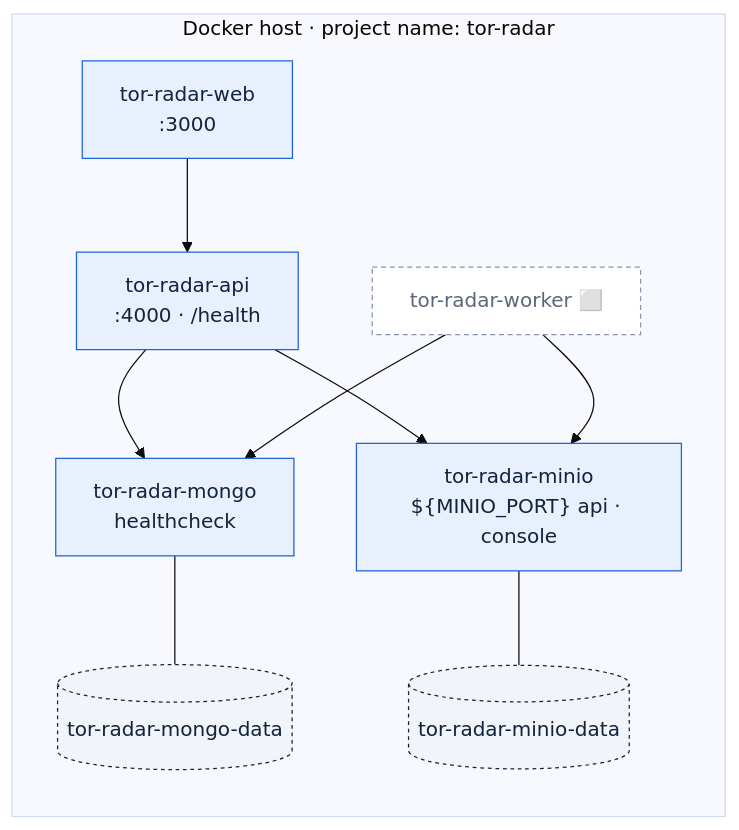
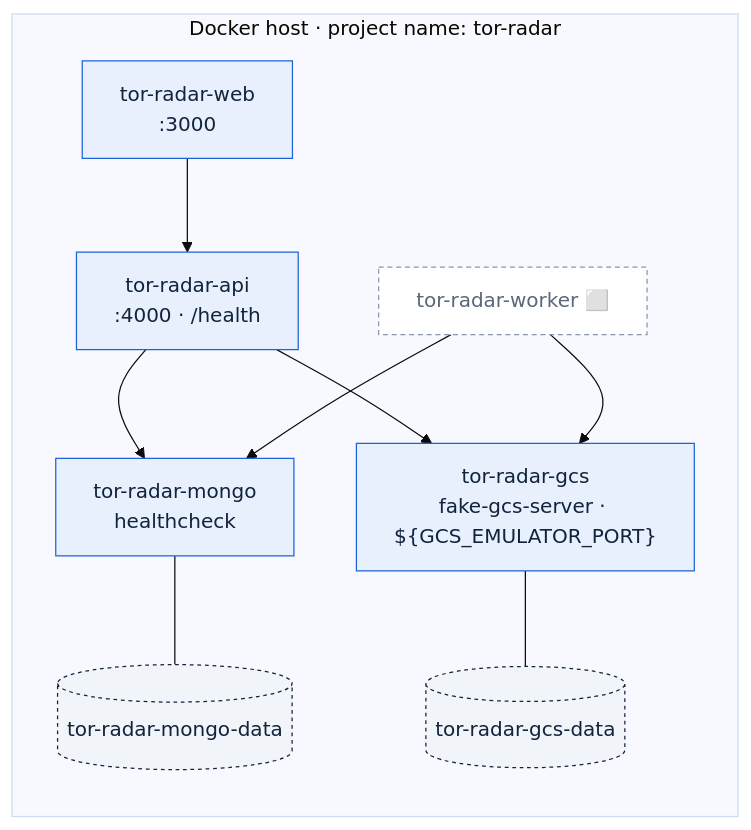
The ninth of 9 diagrams in docs/ARCHITECTURE.md (TORMomentum/Momentum), drawn with Mermaid (base theme) before and after one commit. The commit also changed other lines of this file and 3 other files, not shown here.

````diff
--- a/docs/ARCHITECTURE.md
+++ b/docs/ARCHITECTURE.md
@@ -460,28 +463,28 @@
 ```mermaid
 flowchart TB
     subgraph host["Docker host · project name: tor-radar"]
         direction TB
         w["tor-radar-web<br/>:3000"]
         a["tor-radar-api<br/>:4000 · /health"]
         k["tor-radar-worker ⬜"]
         m["tor-radar-mongo<br/>healthcheck"]
-        s["tor-radar-minio<br/>${MINIO_PORT} api · console"]
+        s["tor-radar-gcs<br/>fake-gcs-server · ${GCS_EMULATOR_PORT}"]
         mv[("tor-radar-mongo-data")]
-        sv[("tor-radar-minio-data")]
+        sv[("tor-radar-gcs-data")]
     end
 
     w --> a
     a --> m
     a --> s
     k --> m
     k --> s
     m --- mv
     s --- sv
 
     classDef svc fill:#e8f0fe,stroke:#1d63d8,color:#12233c
     classDef vol fill:#f1f4f9,stroke:#12233c,color:#12233c,stroke-dasharray:3 3
     classDef planned fill:#fff,stroke:#8896ad,color:#5b6879,stroke-dasharray:4 3
     class w,a,m,s svc
     class k planned
     class mv,sv vol
 ```
````
